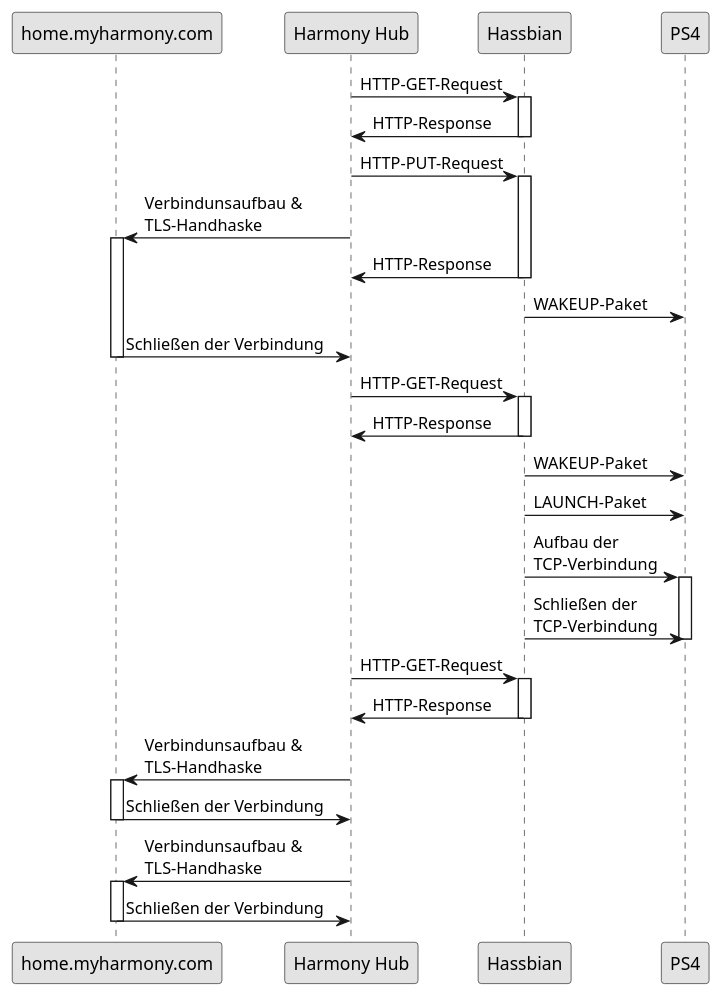
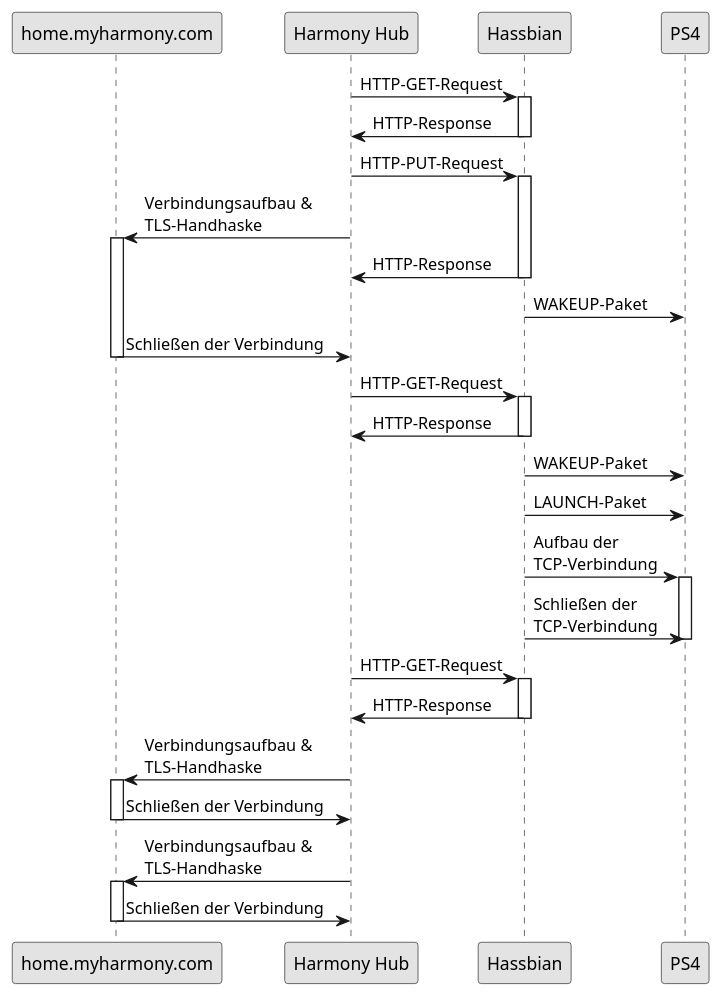
The diagram in assets/uml/ps-ein-harmony.wsd (deeKay93/komunikationssysteme), drawn with PlantUML before and after one commit. The commit also changed 12 other files, not shown here.

```diff
--- a/assets/uml/ps-ein-harmony.wsd
+++ b/assets/uml/ps-ein-harmony.wsd
@@ -1,59 +1,59 @@
 @startuml ps-ein-harmony
 skinparam componentStyle uml2
 skinparam monochrome true
 
 participant "home.myharmony.com" as mh
 participant "Harmony Hub" as hu
 participant "Hassbian" as ha
 participant "PS4" as p
 
 
 hu -> ha: HTTP-GET-Request
 activate ha
 ha -> hu: HTTP-Response
 deactivate ha
 
 hu -> ha: HTTP-PUT-Request
 activate ha
 
-hu -> mh : Verbindunsaufbau &\nTLS-Handhaske
+hu -> mh : Verbindungsaufbau &\nTLS-Handhaske
 activate mh
 
 ha -> hu: HTTP-Response
 deactivate ha
 
 
 ha -> p : WAKEUP-Paket
 
 mh -> hu : Schließen der Verbindung
 deactivate mh
 
 
 hu -> ha: HTTP-GET-Request
 activate ha
 ha -> hu: HTTP-Response
 deactivate ha
 
 ha -> p : WAKEUP-Paket
 ha -> p : LAUNCH-Paket
 
 ha -> p : Aufbau der\nTCP-Verbindung
 activate p
 ha -> p : Schließen der\nTCP-Verbindung
 deactivate p
 
 hu -> ha: HTTP-GET-Request
 activate ha
 ha -> hu: HTTP-Response
 deactivate ha
 
-hu -> mh : Verbindunsaufbau &\nTLS-Handhaske
+hu -> mh : Verbindungsaufbau &\nTLS-Handhaske
 activate mh
 mh -> hu : Schließen der Verbindung
 deactivate mh
-hu -> mh : Verbindunsaufbau &\nTLS-Handhaske
+hu -> mh : Verbindungsaufbau &\nTLS-Handhaske
 activate mh
 mh -> hu : Schließen der Verbindung
 deactivate mh
 
 @enduml
```
